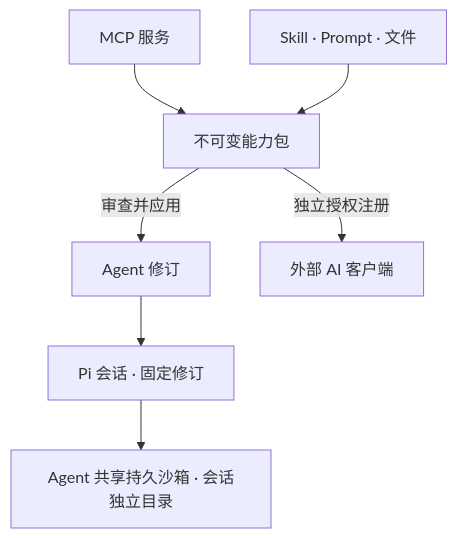
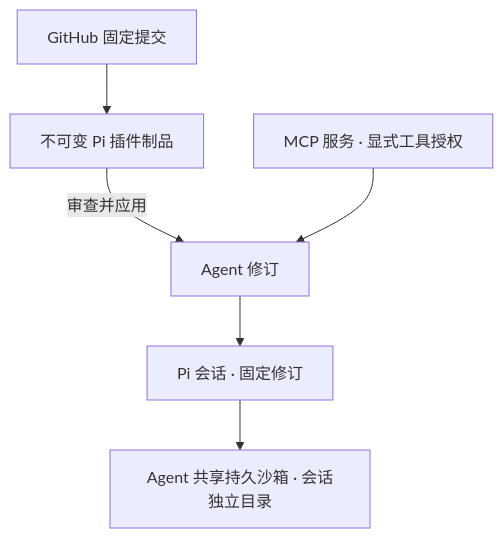
The diagram in README.md (asharca/ToolPlane), drawn with Mermaid before and after one commit. The commit also changed other lines of this file, not shown here.

````diff
--- a/README.md
+++ b/README.md
@@ -19,9 +19,8 @@
 ```mermaid
 flowchart TB
-  MCP["MCP 服务"] --> Package["不可变能力包"]
-  Skills["Skill · Prompt · 文件"] --> Package
+  GitHub["GitHub 固定提交"] --> Package["不可变 Pi 插件制品"]
   Package -->|审查并应用| Revision["Agent 修订"]
-  Package -->|独立授权注册| Clients["外部 AI 客户端"]
+  MCP["MCP 服务 · 显式工具授权"] --> Revision
   Revision --> Session["Pi 会话 · 固定修订"]
   Session --> Sandbox["Agent 共享持久沙箱 · 会话独立目录"]
 ```
````
